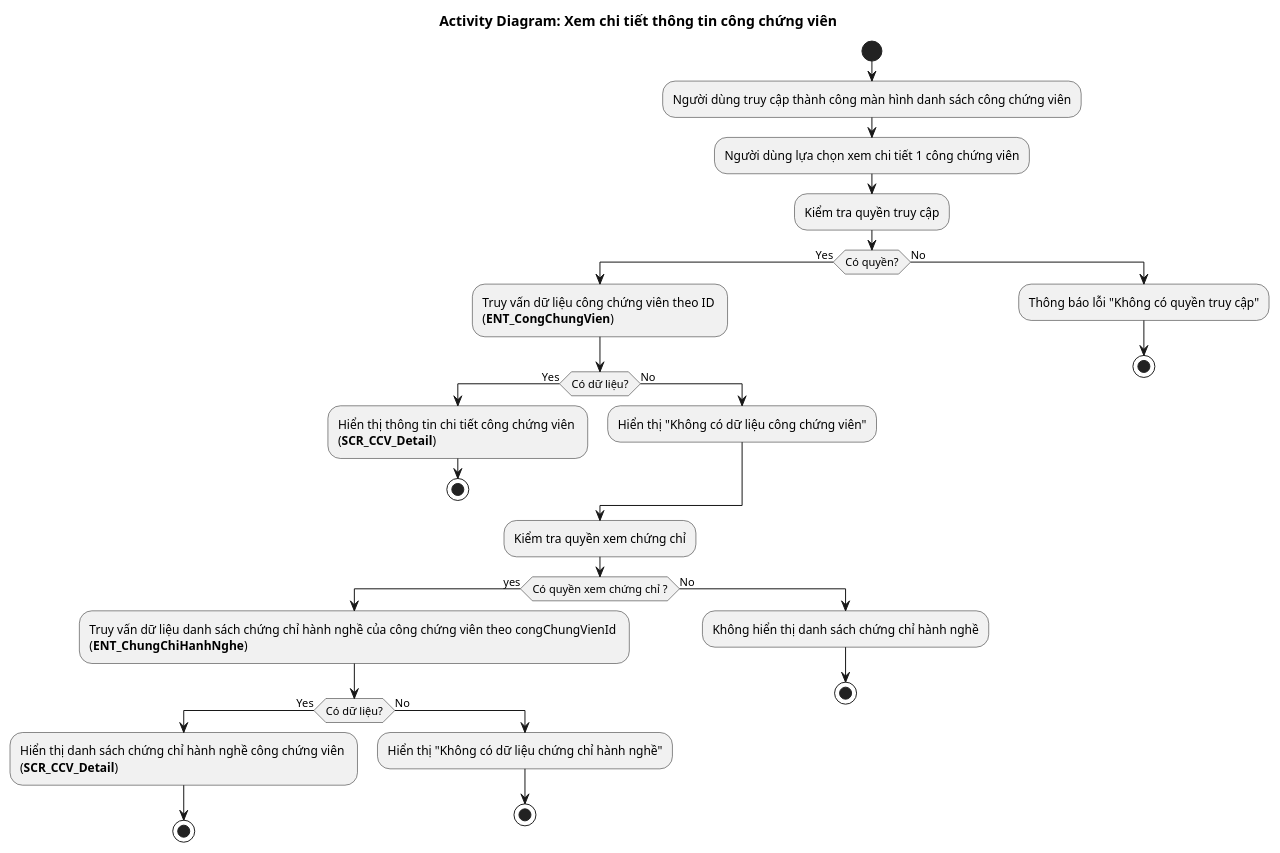
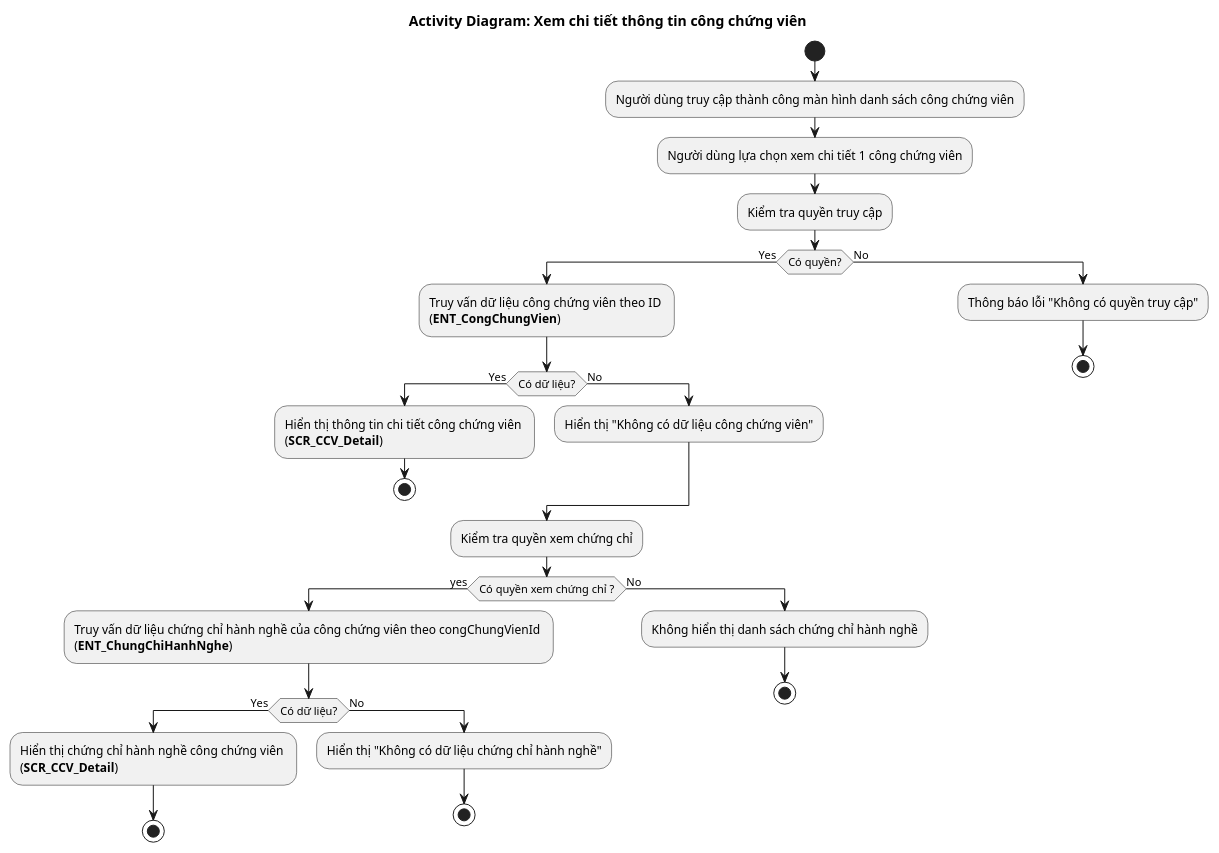
One commit to phuongpm23/nds-docs-test changed the diagram in Quản lý công chứng viên/4.usecases/CongChungVien/XemChiTiet/AD_CCV_Detail.puml. Above: the diagram before and after it, drawn with PlantUML. The commit also changed 45 other files, not shown here.

```diff
--- a/Quản lý công chứng viên/4.usecases/CongChungVien/XemChiTiet/AD_CCV_Detail.puml
+++ b/Quản lý công chứng viên/4.usecases/CongChungVien/XemChiTiet/AD_CCV_Detail.puml
@@ -1,35 +1,35 @@
 @startuml AD_CCV_Detail
 !pragma layout smetana
 title Activity Diagram: Xem chi tiết thông tin công chứng viên
 
 start
 :Người dùng truy cập thành công màn hình danh sách công chứng viên;
 :Người dùng lựa chọn xem chi tiết 1 công chứng viên;
 :Kiểm tra quyền truy cập;
 if (Có quyền?) then (Yes)
   :Truy vấn dữ liệu công chứng viên theo ID \n(**ENT_CongChungVien**);
   if (Có dữ liệu?) then (Yes)
     :Hiển thị thông tin chi tiết công chứng viên \n(**SCR_CCV_Detail**);
     stop
   else (No)
     :Hiển thị "Không có dữ liệu công chứng viên";
   endif
   :Kiểm tra quyền xem chứng chỉ;
   if (Có quyền xem chứng chỉ ?) then (yes)
-  :Truy vấn dữ liệu danh sách chứng chỉ hành nghề của công chứng viên theo congChungVienId \n(**ENT_ChungChiHanhNghe**);
+  :Truy vấn dữ liệu chứng chỉ hành nghề của công chứng viên theo congChungVienId \n(**ENT_ChungChiHanhNghe**);
     if (Có dữ liệu?) then (Yes)
-      :Hiển thị danh sách chứng chỉ hành nghề công chứng viên \n(**SCR_CCV_Detail**);
+      :Hiển thị chứng chỉ hành nghề công chứng viên \n(**SCR_CCV_Detail**);
       stop
     else (No)
       :Hiển thị "Không có dữ liệu chứng chỉ hành nghề";
       stop
     endif  
   else (No)
     :Không hiển thị danh sách chứng chỉ hành nghề;
     stop
   endif
 else (No)
   :Thông báo lỗi "Không có quyền truy cập";
   stop
 endif
 @enduml
```
